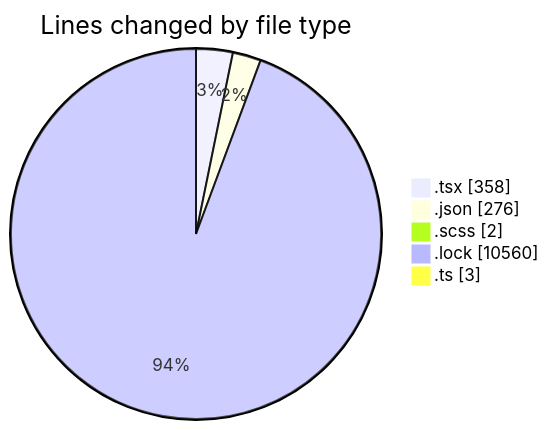
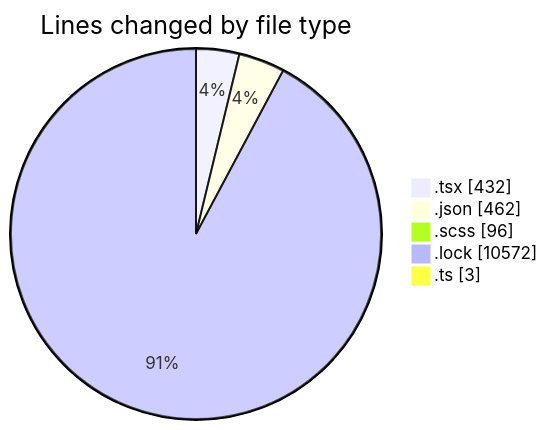
Before and after one commit to momahboobian/code-tracking: the first of 2 diagrams in 2026-05-13/cda/README.md, drawn with Mermaid. The commit also changed other lines of this file and 1 other file, not shown here.

````diff
--- a/2026-05-13/cda/README.md
+++ b/2026-05-13/cda/README.md
@@ -27,9 +30,9 @@
 ```mermaid
 pie showData
 title Lines changed by file type
-".tsx" : 358
-".json" : 276
-".scss" : 2
-".lock" : 10560
+".tsx" : 432
+".json" : 462
+".scss" : 96
+".lock" : 10572
 ".ts" : 3
 ```
````
